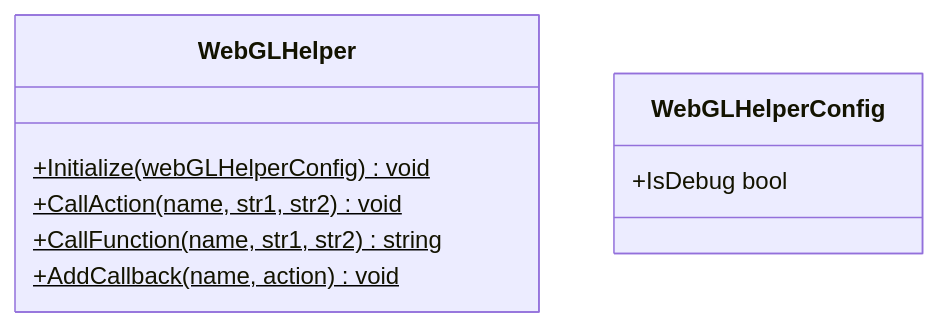
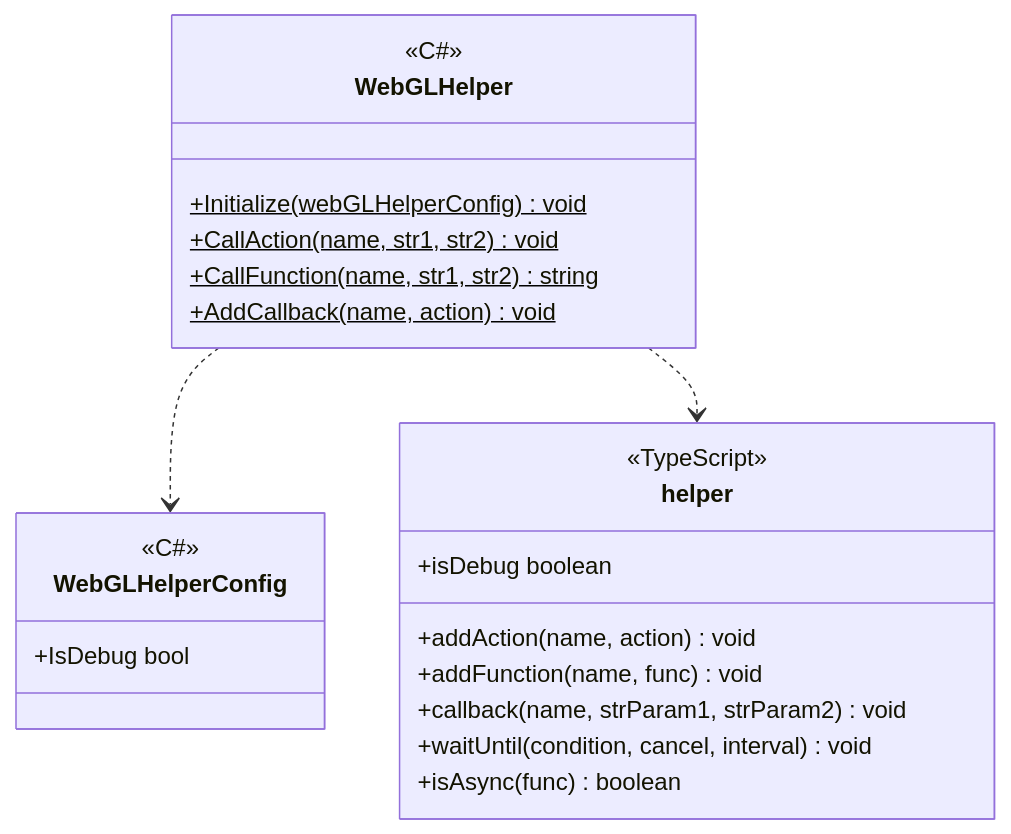
Before and after one commit to extreal-dev/Extreal.Guide: the diagram in docs/integration/web.common.md, drawn with Mermaid. The commit also changed 5 other files, not shown here.

````diff
--- a/docs/integration/web.common.md
+++ b/docs/integration/web.common.md
@@ -21,16 +21,29 @@
 ```mermaid
 classDiagram
 
-    WebGLHelper
-    
+    WebGLHelper ..> WebGLHelperConfig
+    WebGLHelper ..> helper
+
     class WebGLHelper {
+        <<C#>>
         +Initialize(webGLHelperConfig)$ void
         +CallAction(name, str1, str2)$ void
         +CallFunction(name, str1, str2)$ string
         +AddCallback(name, action)$ void
     }
     
     class WebGLHelperConfig {
+        <<C#>>
         +IsDebug bool
     }
+
+    class helper {
+        <<TypeScript>>
+        +addAction(name, action) void
+        +addFunction(name, func) void
+        +callback(name, strParam1, strParam2) void
+        +isDebug boolean
+        +waitUntil(condition, cancel, interval) void
+        +isAsync(func) boolean
+    }
 ```
````
